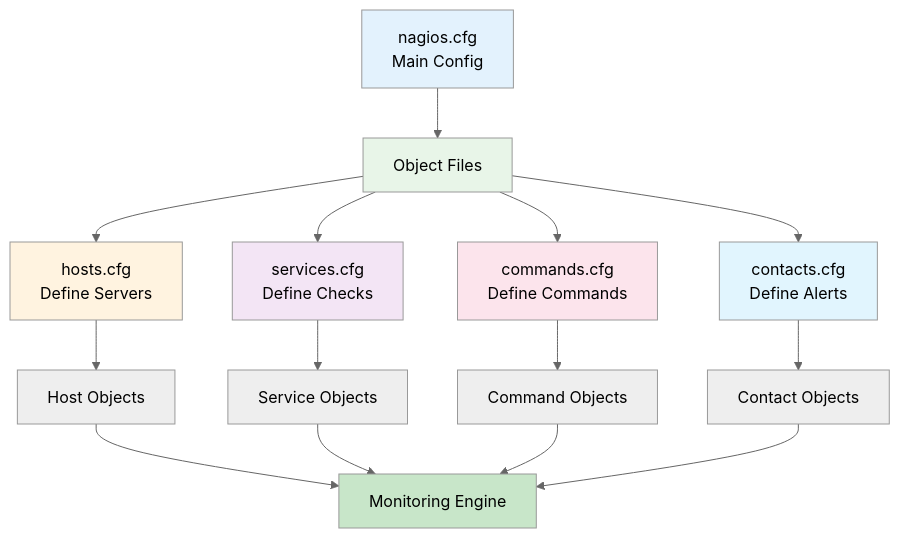
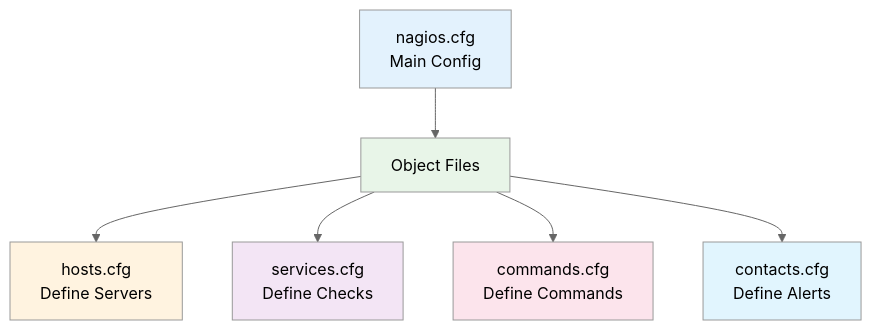
Diagram 20 of 24 in Section-2-DevOps/Session-10_Monitoring-Tools/03-nagios/README.md (manikcloud/cloud-devops-learning-path), drawn with Mermaid (neutral theme) before and after one commit. The commit also changed other lines of this file and 1 other file, not shown here.

First line of the commit message:
Organize: Move configuration details to separate guide and fix diagrams

````diff
--- a/Section-2-DevOps/Session-10_Monitoring-Tools/03-nagios/README.md
+++ b/Section-2-DevOps/Session-10_Monitoring-Tools/03-nagios/README.md
@@ -798,26 +801,15 @@
 ```mermaid
-graph TD
+graph TB
     A[nagios.cfg<br/>Main Config] --> B[Object Files]
     B --> C[hosts.cfg<br/>Define Servers]
     B --> D[services.cfg<br/>Define Checks]
     B --> E[commands.cfg<br/>Define Commands]
     B --> F[contacts.cfg<br/>Define Alerts]
-    
-    C --> G[Host Objects]
-    D --> H[Service Objects]
-    E --> I[Command Objects]
-    F --> J[Contact Objects]
-    
-    G --> K[Monitoring Engine]
-    H --> K
-    I --> K
-    J --> K
     
     style A fill:#e3f2fd
     style B fill:#e8f5e8
     style C fill:#fff3e0
     style D fill:#f3e5f5
     style E fill:#fce4ec
     style F fill:#e1f5fe
-    style K fill:#c8e6c9
 ```
````
